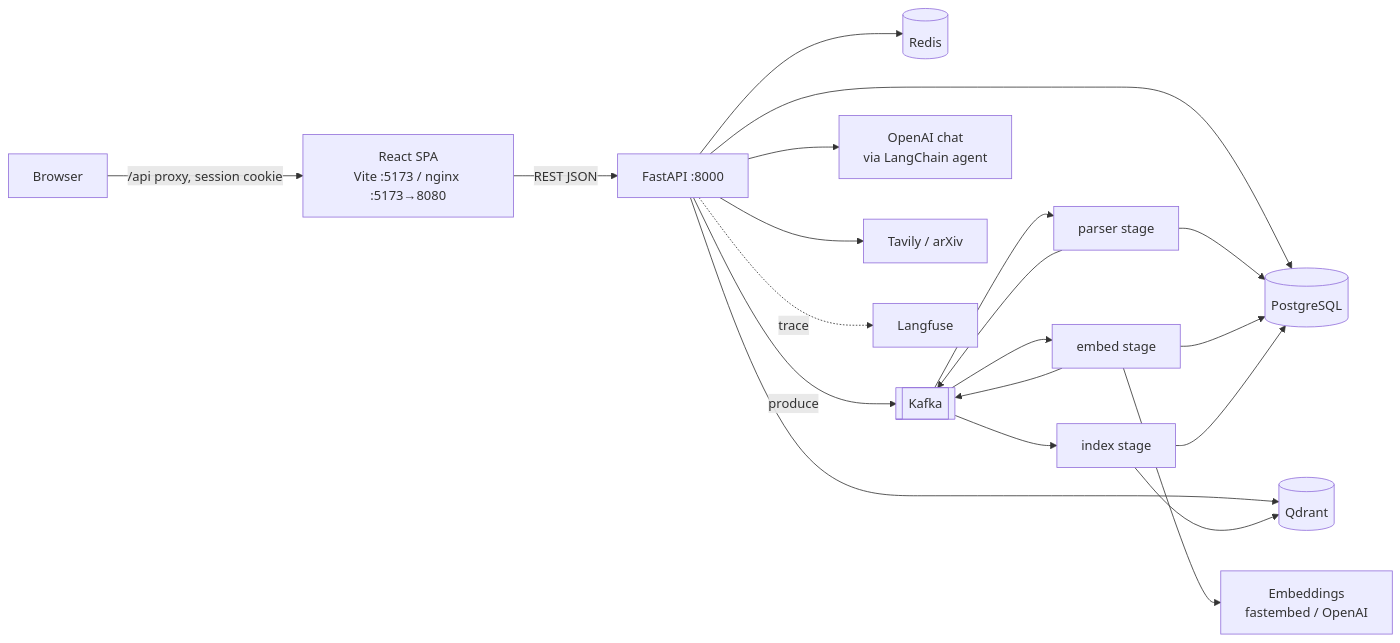
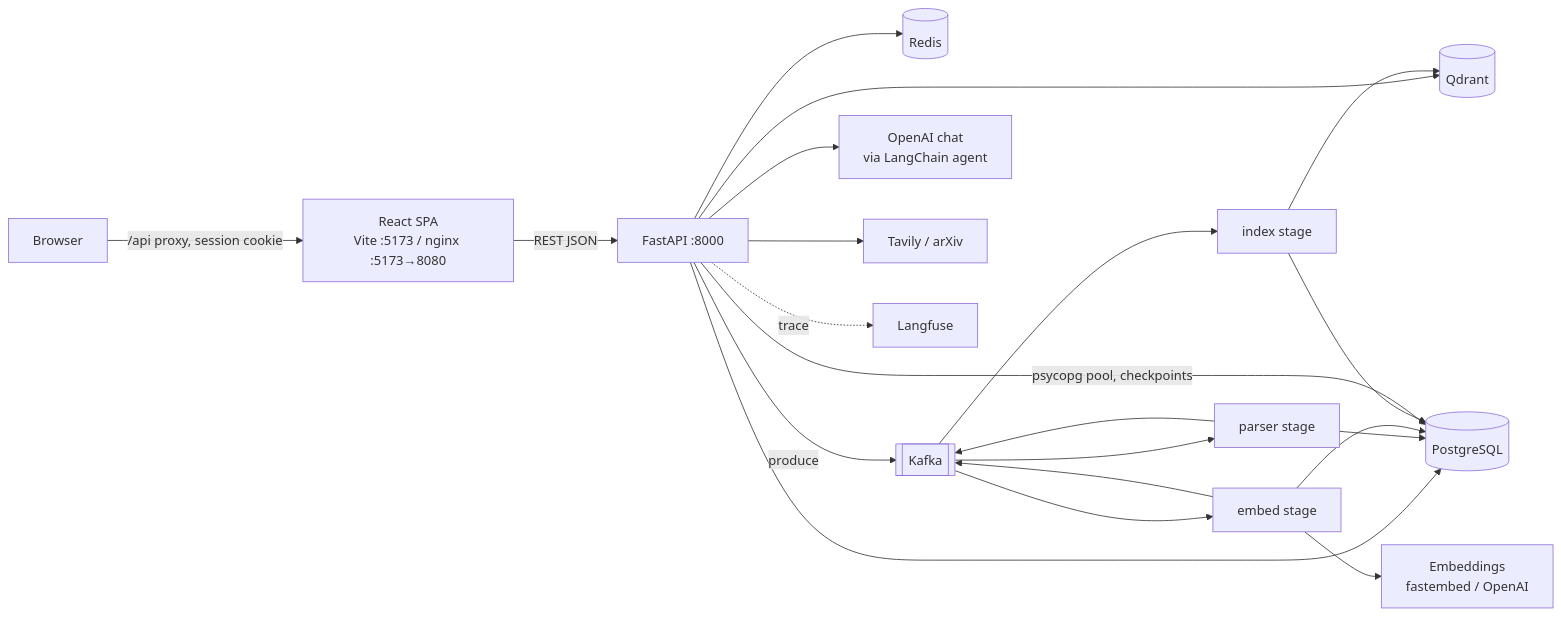
Before and after one commit to 8804who/RAG_CHATBOT: the diagram in docs/harness/SYSTEM_ARCHITECTURE.md, drawn with Mermaid. The commit also changed other lines of this file and 10 other files, not shown here.

First line of the commit message:
docs: record T-033..T-041 harness work and sync architecture docs

````diff
--- a/docs/harness/SYSTEM_ARCHITECTURE.md
+++ b/docs/harness/SYSTEM_ARCHITECTURE.md
@@ -8,18 +8,19 @@
 ```mermaid
 flowchart LR
   U[Browser] -->|/api proxy, session cookie| FE[React SPA<br/>Vite :5173 / nginx :5173→8080]
   FE -->|REST JSON| API[FastAPI :8000]
   API --> PG[(PostgreSQL)]
   API --> RD[(Redis)]
   API --> QD[(Qdrant)]
   API -->|produce| KF[[Kafka]]
   KF --> PW[parser stage] --> KF
   KF --> EW[embed stage] --> KF
   KF --> IW[index stage]
   PW & EW & IW --> PG
   IW --> QD
   EW --> EMB[Embeddings<br/>fastembed / OpenAI]
   API --> LLM[OpenAI chat<br/>via LangChain agent]
   API --> EXT[Tavily / arXiv]
+  API -->|psycopg pool, checkpoints| PG
   API -.trace.-> LF[Langfuse]
 ```
````
